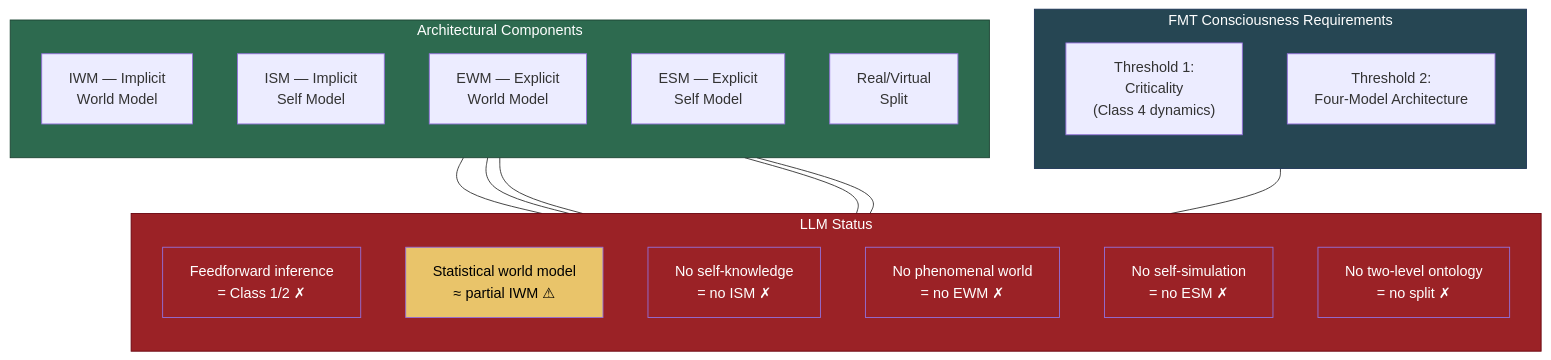
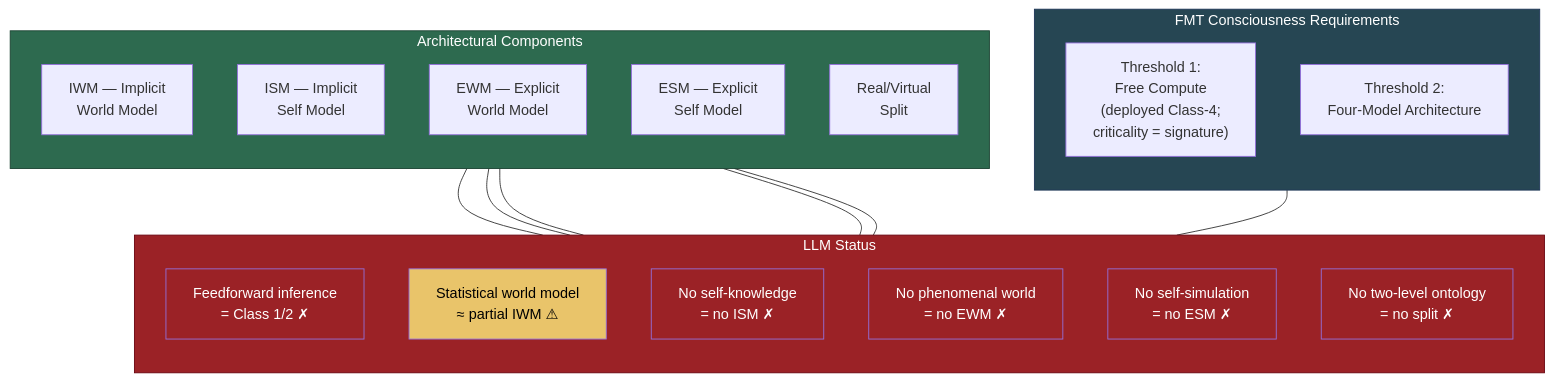
The diagram in wiki/ai-consciousness/llms-not-conscious.md (JeltzProstetnic/aIware), drawn with Mermaid before and after one commit. The commit also changed other lines of this file and 13 other files, not shown here.

First line of the commit message:
S275 cont shutdown: FMT wiki refresh AIW-27 pt1 shipped (10 files, free-compute reframe + SMoC 'leading candidate') + pt2 handoff

````diff
--- a/wiki/ai-consciousness/llms-not-conscious.md
+++ b/wiki/ai-consciousness/llms-not-conscious.md
@@ -37,44 +37,44 @@
 ```mermaid
 graph TB
     subgraph req["FMT Consciousness Requirements"]
         direction TB
-        T1["Threshold 1:<br/>Criticality<br/>(Class 4 dynamics)"]
+        T1["Threshold 1:<br/>Free Compute<br/>(deployed Class-4;<br/>criticality = signature)"]
         T2["Threshold 2:<br/>Four-Model Architecture"]
     end
 
     subgraph arch["Architectural Components"]
         direction TB
         IWM["IWM — Implicit<br/>World Model"]
         ISM["ISM — Implicit<br/>Self Model"]
         EWM["EWM — Explicit<br/>World Model"]
         ESM["ESM — Explicit<br/>Self Model"]
         RVS["Real/Virtual<br/>Split"]
     end
 
     subgraph llm["LLM Status"]
         direction TB
         L1["Feedforward inference<br/>= Class 1/2 ✗"]
         L2["Statistical world model<br/>≈ partial IWM ⚠"]
         L3["No self-knowledge<br/>= no ISM ✗"]
         L4["No phenomenal world<br/>= no EWM ✗"]
         L5["No self-simulation<br/>= no ESM ✗"]
         L6["No two-level ontology<br/>= no split ✗"]
     end
 
     T1 --- L1
     IWM --- L2
     ISM --- L3
     EWM --- L4
     ESM --- L5
     RVS --- L6
 
     style req fill:#264653,color:#fff,stroke:#1d3557
     style arch fill:#2d6a4f,color:#fff,stroke:#1b4332
     style llm fill:#9b2226,color:#fff,stroke:#6a040f
     style L1 fill:#9b2226,color:#fff
     style L2 fill:#e9c46a,color:#000
     style L3 fill:#9b2226,color:#fff
     style L4 fill:#9b2226,color:#fff
     style L5 fill:#9b2226,color:#fff
     style L6 fill:#9b2226,color:#fff
 ```
````
